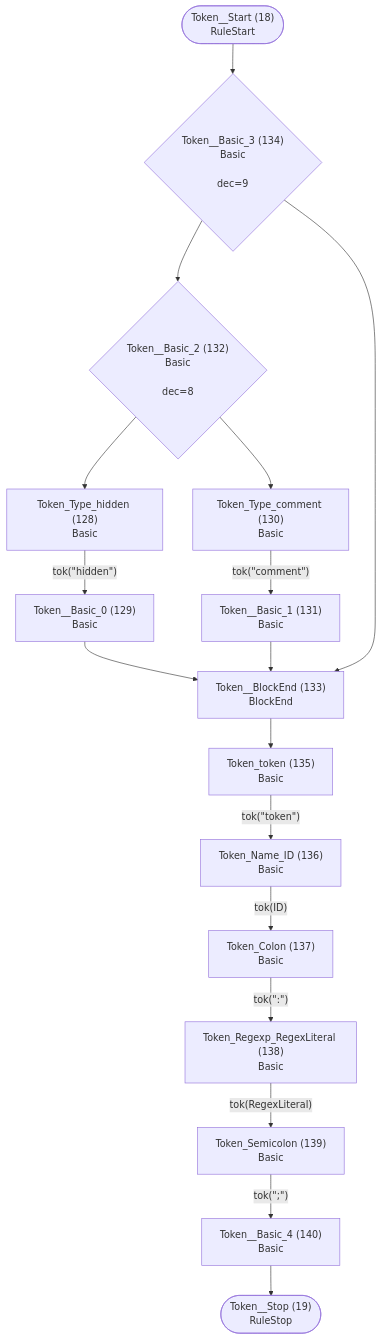
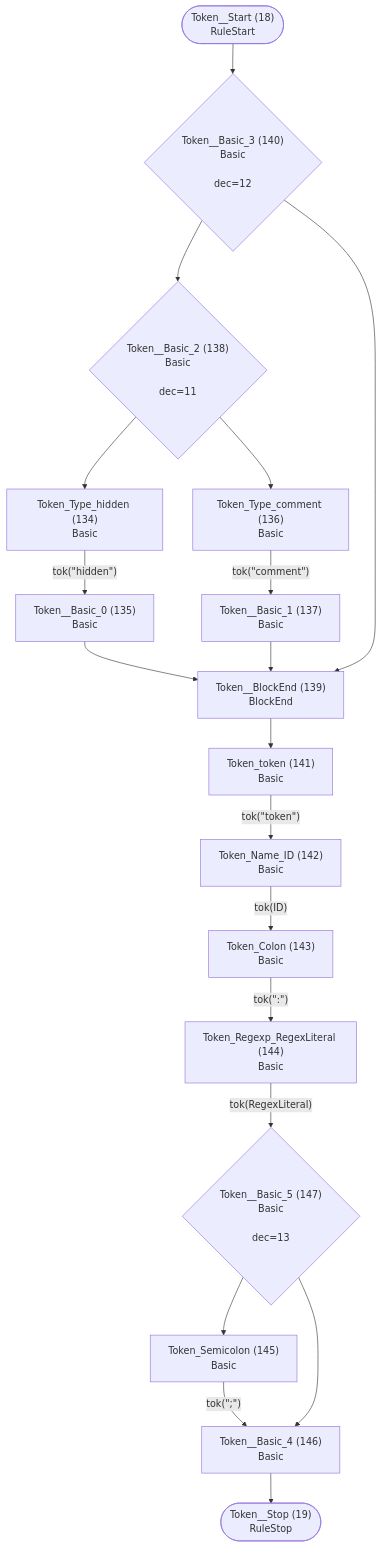
The tenth of 26 diagrams in internal/grammar/atn.md (TypeFox/fastbelt), drawn with Mermaid before and after one commit. The commit also changed other lines of this file and 25 other files, not shown here.

````diff
--- a/internal/grammar/atn.md
+++ b/internal/grammar/atn.md
@@ -261,35 +276,38 @@
 ```mermaid
 flowchart TD
     q18(["Token__Start (18)<br/>RuleStart"])
     q19(["Token__Stop (19)<br/>RuleStop"])
-    q128["Token_Type_hidden (128)<br/>Basic<br/>"]
-    q129["Token__Basic_0 (129)<br/>Basic<br/>"]
-    q130["Token_Type_comment (130)<br/>Basic<br/>"]
-    q131["Token__Basic_1 (131)<br/>Basic<br/>"]
-    q132{"Token__Basic_2 (132)<br/>Basic<br/><br/>dec=8"}
-    q133["Token__BlockEnd (133)<br/>BlockEnd<br/>"]
-    q134{"Token__Basic_3 (134)<br/>Basic<br/><br/>dec=9"}
-    q135["Token_token (135)<br/>Basic<br/>"]
-    q136["Token_Name_ID (136)<br/>Basic<br/>"]
-    q137["Token_Colon (137)<br/>Basic<br/>"]
-    q138["Token_Regexp_RegexLiteral (138)<br/>Basic<br/>"]
-    q139["Token_Semicolon (139)<br/>Basic<br/>"]
-    q140["Token__Basic_4 (140)<br/>Basic<br/>"]
+    q134["Token_Type_hidden (134)<br/>Basic<br/>"]
+    q135["Token__Basic_0 (135)<br/>Basic<br/>"]
+    q136["Token_Type_comment (136)<br/>Basic<br/>"]
+    q137["Token__Basic_1 (137)<br/>Basic<br/>"]
+    q138{"Token__Basic_2 (138)<br/>Basic<br/><br/>dec=11"}
+    q139["Token__BlockEnd (139)<br/>BlockEnd<br/>"]
+    q140{"Token__Basic_3 (140)<br/>Basic<br/><br/>dec=12"}
+    q141["Token_token (141)<br/>Basic<br/>"]
+    q142["Token_Name_ID (142)<br/>Basic<br/>"]
+    q143["Token_Colon (143)<br/>Basic<br/>"]
+    q144["Token_Regexp_RegexLiteral (144)<br/>Basic<br/>"]
+    q145["Token_Semicolon (145)<br/>Basic<br/>"]
+    q146["Token__Basic_4 (146)<br/>Basic<br/>"]
+    q147{"Token__Basic_5 (147)<br/>Basic<br/><br/>dec=13"}
 
-    q18 --> q134
-    q128 -->|"tok(&quot;hidden&quot;)"| q129
-    q129 --> q133
-    q130 -->|"tok(&quot;comment&quot;)"| q131
-    q131 --> q133
-    q132 --> q128
-    q132 --> q130
-    q133 --> q135
-    q134 --> q132
-    q134 --> q133
-    q135 -->|"tok(&quot;token&quot;)"| q136
-    q136 -->|"tok(ID)"| q137
-    q137 -->|"tok(&quot;:&quot;)"| q138
-    q138 -->|"tok(RegexLiteral)"| q139
-    q139 -->|"tok(&quot;;&quot;)"| q140
-    q140 --> q19
+    q18 --> q140
+    q134 -->|"tok(&quot;hidden&quot;)"| q135
+    q135 --> q139
+    q136 -->|"tok(&quot;comment&quot;)"| q137
+    q137 --> q139
+    q138 --> q134
+    q138 --> q136
+    q139 --> q141
+    q140 --> q138
+    q140 --> q139
+    q141 -->|"tok(&quot;token&quot;)"| q142
+    q142 -->|"tok(ID)"| q143
+    q143 -->|"tok(&quot;:&quot;)"| q144
+    q144 -->|"tok(RegexLiteral)"| q147
+    q145 -->|"tok(&quot;;&quot;)"| q146
+    q146 --> q19
+    q147 --> q145
+    q147 --> q146
 ```
````
